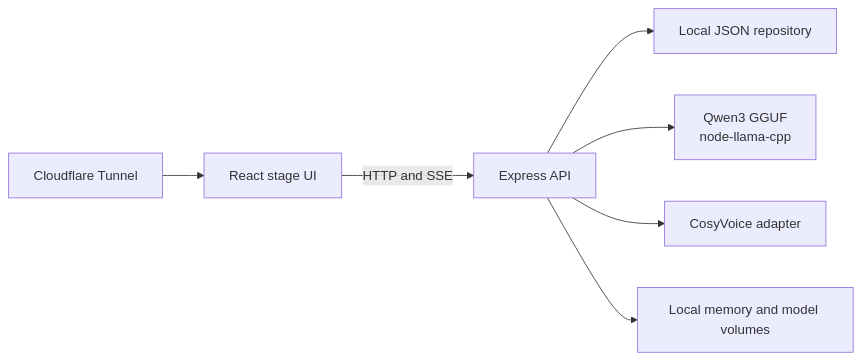
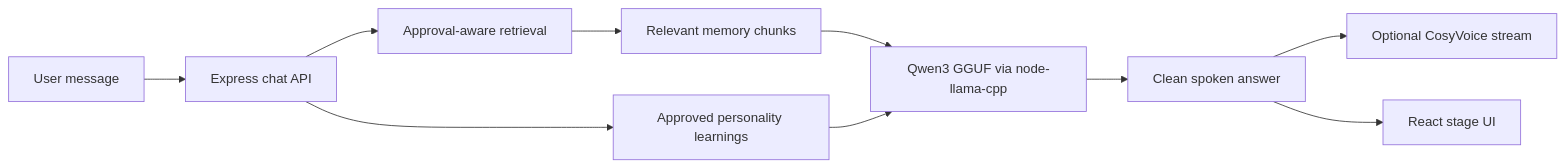
The first of 2 diagrams in README.md (maharab549/tianai), drawn with Mermaid before and after one commit. The commit also changed other lines of this file, not shown here.

Commit message:
Expand product documentation and roadmap

````diff
--- a/README.md
+++ b/README.md
@@ -25,9 +32,12 @@
 ```mermaid
 flowchart LR
-  Browser[React stage UI] -->|HTTP and SSE| API[Express API]
-  API --> Store[Local JSON repository]
-  API --> LLM[Qwen3 GGUF<br/>node-llama-cpp]
-  API --> Voice[CosyVoice adapter]
-  API --> Files[Local memory and model volumes]
-  Tunnel[Cloudflare Tunnel] --> Browser
+  U[User message] --> API[Express chat API]
+  API --> R[Approval-aware retrieval]
+  R --> C[Relevant memory chunks]
+  API --> P[Approved personality learnings]
+  C --> L[Qwen3 GGUF via node-llama-cpp]
+  P --> L
+  L --> Q[Clean spoken answer]
+  Q --> V[Optional CosyVoice stream]
+  Q --> UI[React stage UI]
 ```
````
